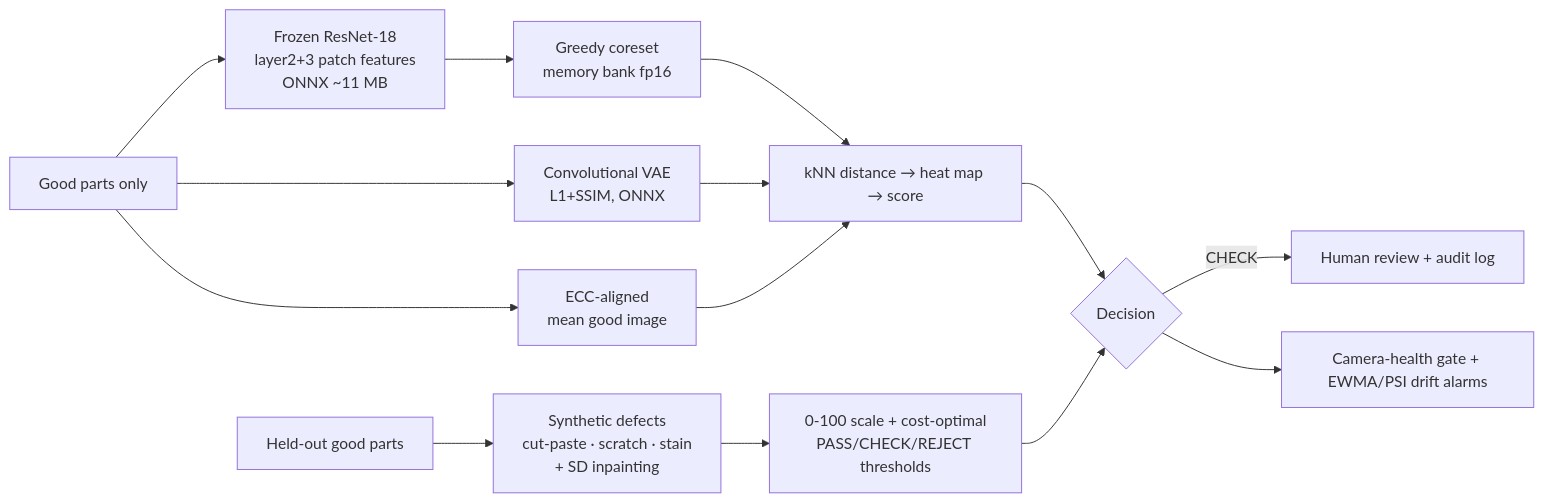
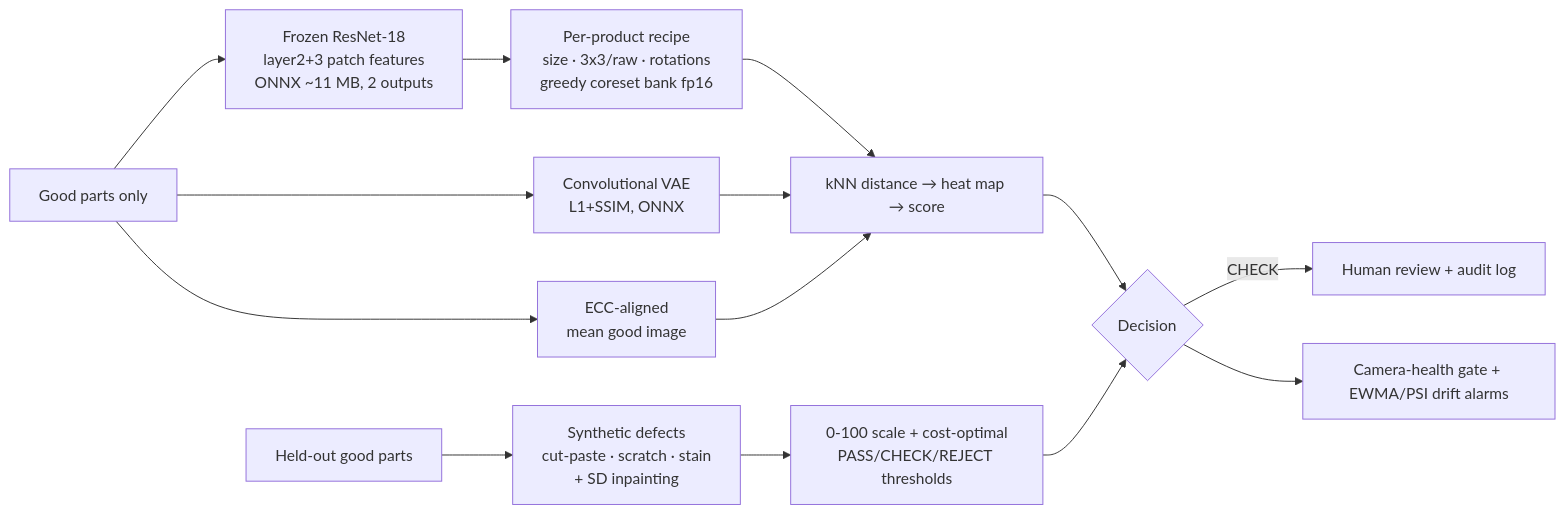
One commit to hbasired/defectspotter changed the diagram in README.md. Above: the diagram before and after it, drawn with Mermaid. The commit also changed other lines of this file and 4 other files, not shown here.

````diff
--- a/README.md
+++ b/README.md
@@ -34,16 +35,16 @@
 ```mermaid
 flowchart LR
-  A[Good parts only] --> B[Frozen ResNet-18<br/>layer2+3 patch features<br/>ONNX ~11 MB]
-  B --> C[Greedy coreset<br/>memory bank fp16]
+  A[Good parts only] --> B[Frozen ResNet-18<br/>layer2+3 patch features<br/>ONNX ~11 MB, 2 outputs]
+  B --> C[Per-product recipe<br/>size · 3x3/raw · rotations<br/>greedy coreset bank fp16]
   A --> V[Convolutional VAE<br/>L1+SSIM, ONNX]
   A --> M[ECC-aligned<br/>mean good image]
   P[Held-out good parts] --> S[Synthetic defects<br/>cut-paste · scratch · stain<br/>+ SD inpainting]
   C --> K[kNN distance → heat map → score]
   V --> K
   M --> K
   S --> T[0-100 scale + cost-optimal<br/>PASS/CHECK/REJECT thresholds]
   K --> D{Decision}
   T --> D
   D -->|CHECK| H[Human review + audit log]
   D --> R[Camera-health gate + EWMA/PSI drift alarms]
 ```
````
